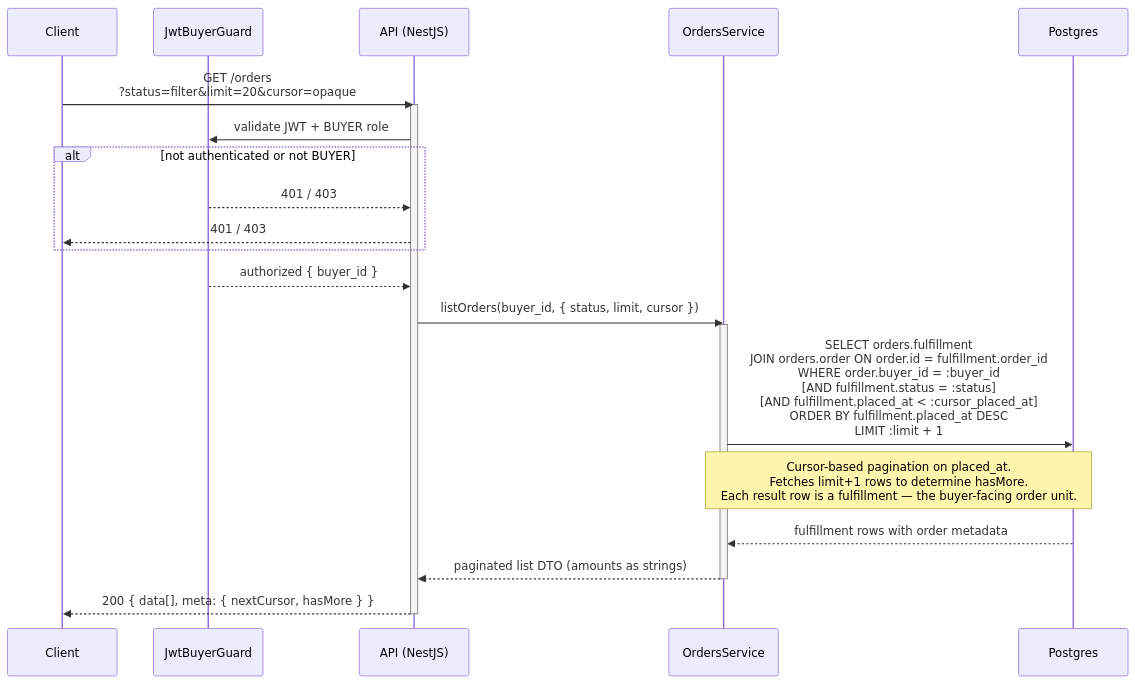
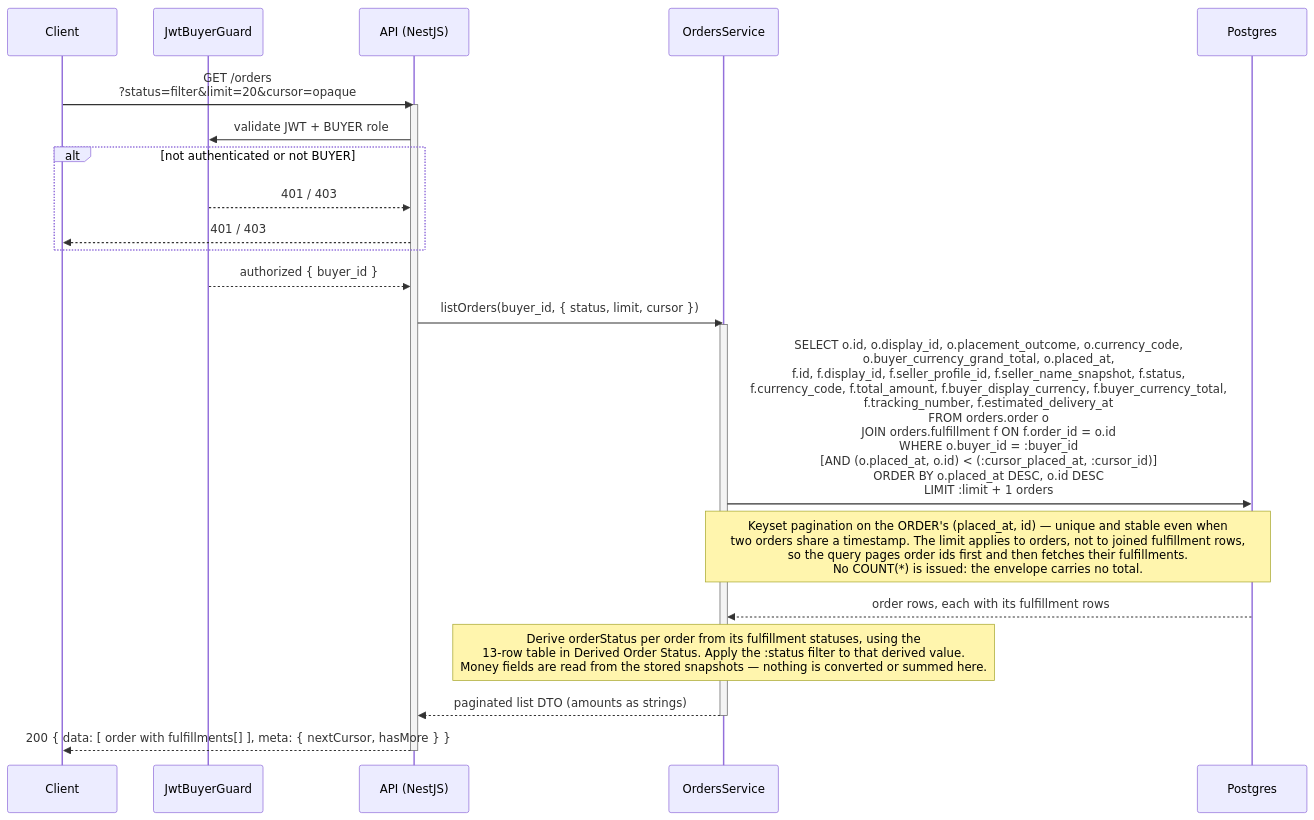
One commit to alisa-uthi/aliceut-ecom-document changed the second of 3 diagrams in phase-1/technical-design/api-design/orders.md. Above: the diagram before and after it, drawn with Mermaid. The commit also changed other lines of this file and 73 other files, not shown here.

````diff
--- a/phase-1/technical-design/api-design/orders.md
+++ b/phase-1/technical-design/api-design/orders.md
@@ -310,26 +459,27 @@
 ```mermaid
 sequenceDiagram
     participant C as Client
     participant G as JwtBuyerGuard
     participant A as API (NestJS)
     participant O as OrdersService
     participant P as Postgres
 
     C->>A: GET /orders<br/>?status=filter&limit=20&cursor=opaque
     activate A
     A->>G: validate JWT + BUYER role
     alt not authenticated or not BUYER
         G-->>A: 401 / 403
         A-->>C: 401 / 403
     end
     G-->>A: authorized { buyer_id }
     A->>O: listOrders(buyer_id, { status, limit, cursor })
     activate O
-    O->>P: SELECT orders.fulfillment<br/>JOIN orders.order ON order.id = fulfillment.order_id<br/>WHERE order.buyer_id = :buyer_id<br/>  [AND fulfillment.status = :status]<br/>  [AND fulfillment.placed_at < :cursor_placed_at]<br/>ORDER BY fulfillment.placed_at DESC<br/>LIMIT :limit + 1
-    Note over O,P: Cursor-based pagination on placed_at.<br/>Fetches limit+1 rows to determine hasMore.<br/>Each result row is a fulfillment — the buyer-facing order unit.
-    P-->>O: fulfillment rows with order metadata
+    O->>P: SELECT o.id, o.display_id, o.placement_outcome, o.currency_code,<br/>o.buyer_currency_grand_total, o.placed_at,<br/>f.id, f.display_id, f.seller_profile_id, f.seller_name_snapshot, f.status,<br/>f.currency_code, f.total_amount, f.buyer_display_currency, f.buyer_currency_total,<br/>f.tracking_number, f.estimated_delivery_at<br/>FROM orders.order o<br/>JOIN orders.fulfillment f ON f.order_id = o.id<br/>WHERE o.buyer_id = :buyer_id<br/>  [AND (o.placed_at, o.id) < (:cursor_placed_at, :cursor_id)]<br/>ORDER BY o.placed_at DESC, o.id DESC<br/>LIMIT :limit + 1 orders
+    Note over O,P: Keyset pagination on the ORDER's (placed_at, id) — unique and stable even when<br/>two orders share a timestamp. The limit applies to orders, not to joined fulfillment rows,<br/>so the query pages order ids first and then fetches their fulfillments.<br/>No COUNT(*) is issued: the envelope carries no total.
+    P-->>O: order rows, each with its fulfillment rows
+    Note over O: Derive orderStatus per order from its fulfillment statuses, using the<br/>13-row table in Derived Order Status. Apply the :status filter to that derived value.<br/>Money fields are read from the stored snapshots — nothing is converted or summed here.
     O-->>A: paginated list DTO (amounts as strings)
     deactivate O
-    A-->>C: 200 { data[], meta: { nextCursor, hasMore } }
+    A-->>C: 200 { data: [ order with fulfillments[] ], meta: { nextCursor, hasMore } }
     deactivate A
 ```
````
